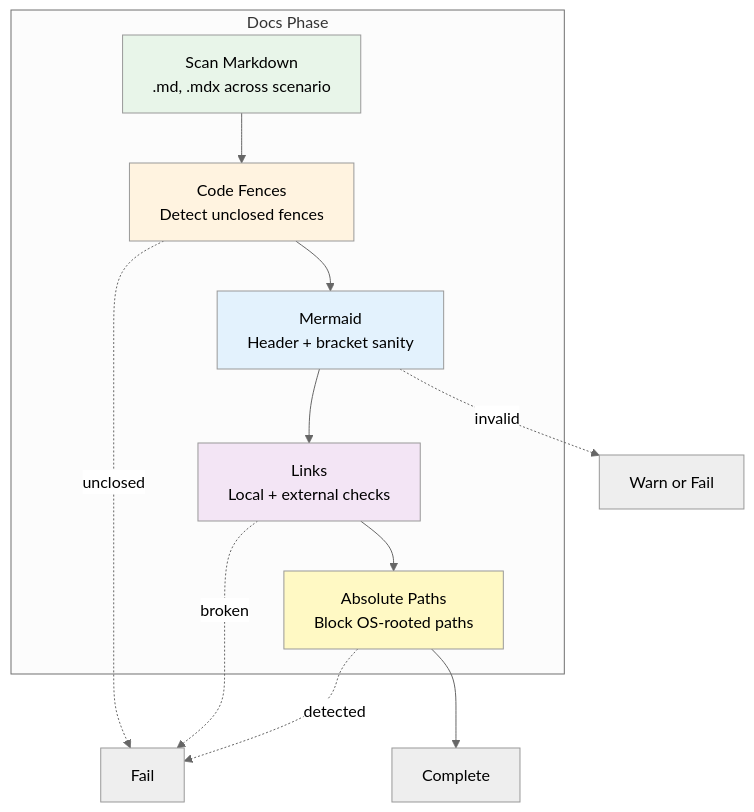
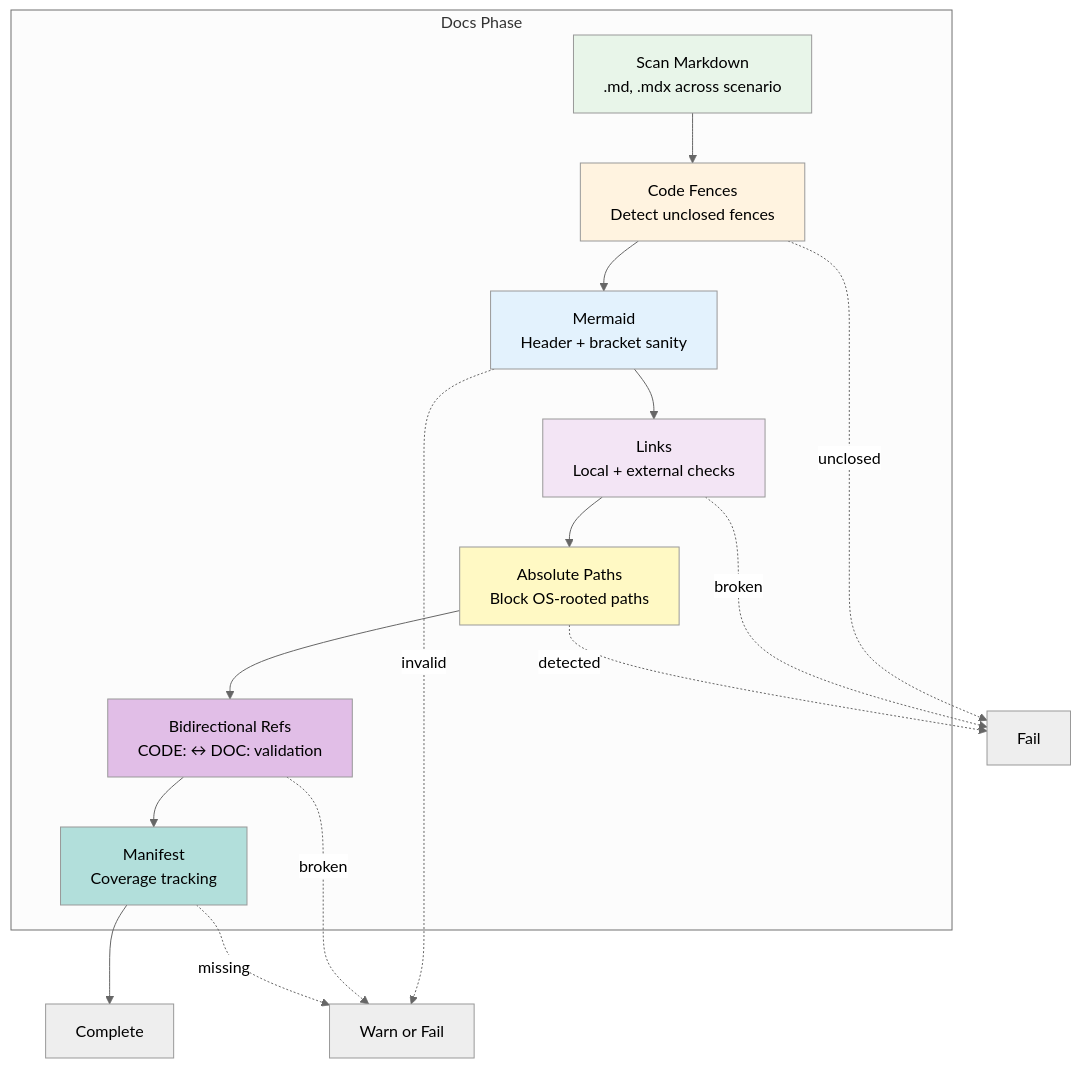
The diagram in scenarios/test-genie/docs/phases/docs/README.md (Vrooli/Vrooli), drawn with Mermaid (neutral theme) before and after one commit. The commit also changed other lines of this file and 8 other files, not shown here.

````diff
--- a/scenarios/test-genie/docs/phases/docs/README.md
+++ b/scenarios/test-genie/docs/phases/docs/README.md
@@ -12,23 +27,29 @@
 ```mermaid
 graph TB
     subgraph "Docs Phase"
         SCAN[Scan Markdown<br/>.md, .mdx across scenario]
         FENCES[Code Fences<br/>Detect unclosed fences]
         MERMAID[Mermaid<br/>Header + bracket sanity]
         LINKS[Links<br/>Local + external checks]
         ABS[Absolute Paths<br/>Block OS-rooted paths]
+        REFS[Bidirectional Refs<br/>CODE: ↔ DOC: validation]
+        MANIFEST[Manifest<br/>Coverage tracking]
     end
 
-    SCAN --> FENCES --> MERMAID --> LINKS --> ABS --> DONE[Complete]
+    SCAN --> FENCES --> MERMAID --> LINKS --> ABS --> REFS --> MANIFEST --> DONE[Complete]
 
     FENCES -.->|unclosed| FAIL[Fail]
     MERMAID -.->|invalid| WARN[Warn or Fail]
     LINKS -.->|broken| FAIL
     ABS -.->|detected| FAIL
+    REFS -.->|broken| WARN[Warn or Fail]
+    MANIFEST -.->|missing| WARN
 
     style SCAN fill:#e8f5e9
     style FENCES fill:#fff3e0
     style MERMAID fill:#e3f2fd
     style LINKS fill:#f3e5f5
     style ABS fill:#fff9c4
+    style REFS fill:#e1bee7
+    style MANIFEST fill:#b2dfdb
 ```
````
